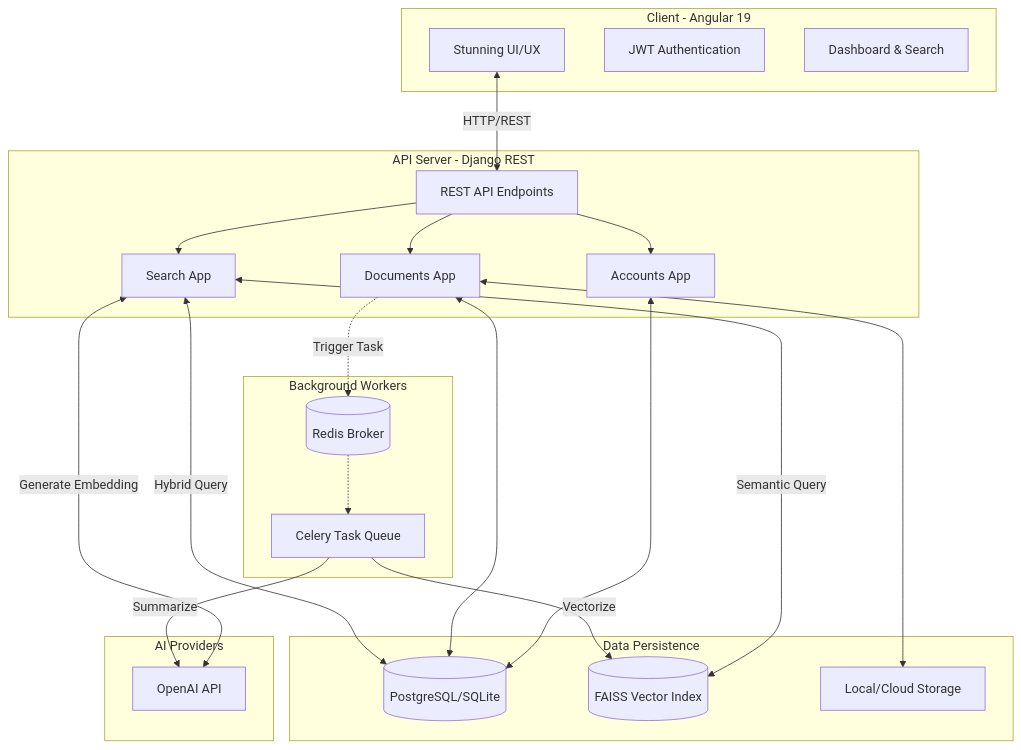
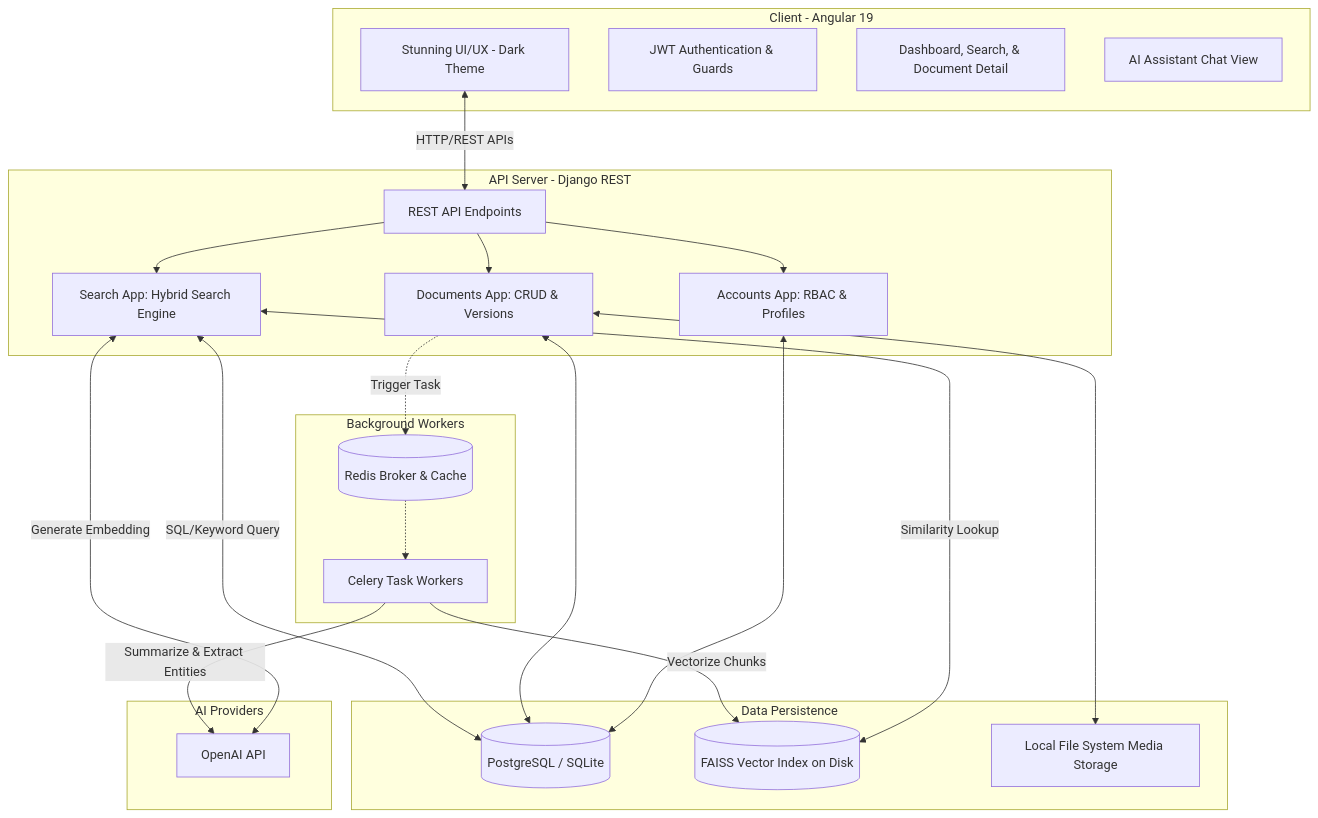
Before and after one commit to nasimuddinbd02/AI-Powered-Document-Management: the diagram in README.md, drawn with Mermaid. The commit also changed other lines of this file, not shown here.

Commit message:
Update README.md with detailed system architecture and highlight AI contributions

````diff
--- a/README.md
+++ b/README.md
@@ -52,55 +45,56 @@
 ```mermaid
 graph TD
     %% Frontend Layer
     subgraph Frontend [Client - Angular 19]
-        UI[Stunning UI/UX]
-        Auth[JWT Authentication]
-        Dash[Dashboard & Search]
+        UI[Stunning UI/UX - Dark Theme]
+        Auth[JWT Authentication & Guards]
+        Dash[Dashboard, Search, & Document Detail]
+        AIChat[AI Assistant Chat View]
     end
 
     %% API Layer
     subgraph Backend [API Server - Django REST]
         API_GW[REST API Endpoints]
-        Doc_App[Documents App]
-        Search_App[Search App]
-        Auth_App[Accounts App]
+        Doc_App[Documents App: CRUD & Versions]
+        Search_App[Search App: Hybrid Search Engine]
+        Auth_App[Accounts App: RBAC & Profiles]
         
         API_GW --> Doc_App
         API_GW --> Search_App
         API_GW --> Auth_App
     end
 
     %% Background Processing Layer
     subgraph Async [Background Workers]
-        Celery[Celery Task Queue]
-        Redis[(Redis Broker)]
+        Celery[Celery Task Workers]
+        Redis[(Redis Broker & Cache)]
     end
 
     %% Data Layer
     subgraph Data [Data Persistence]
-        DB[(PostgreSQL/SQLite)]
-        FAISS[(FAISS Vector Index)]
-        Storage[Local/Cloud Storage]
+        DB[(PostgreSQL / SQLite)]
+        FAISS[(FAISS Vector Index on Disk)]
+        Storage[Local File System Media Storage]
     end
 
     %% External APIs
     subgraph External [AI Providers]
         OpenAI[OpenAI API]
     end
 
     %% Connections
-    UI <-->|HTTP/REST| API_GW
+    UI <-->|HTTP/REST APIs| API_GW
     Doc_App -.->|Trigger Task| Redis
     Redis -.-> Celery
     
-    Celery -->|Vectorize| FAISS
-    Celery -->|Summarize| OpenAI
+    Celery -->|Vectorize Chunks| FAISS
+    Celery -->|Summarize & Extract Entities| OpenAI
     
-    Search_App <-->|Hybrid Query| DB
-    Search_App <-->|Semantic Query| FAISS
+    Search_App <-->|SQL/Keyword Query| DB
+    Search_App <-->|Similarity Lookup| FAISS
     Search_App <-->|Generate Embedding| OpenAI
     
     Doc_App <--> DB
     Doc_App <--> Storage
     Auth_App <--> DB
 ```
````
